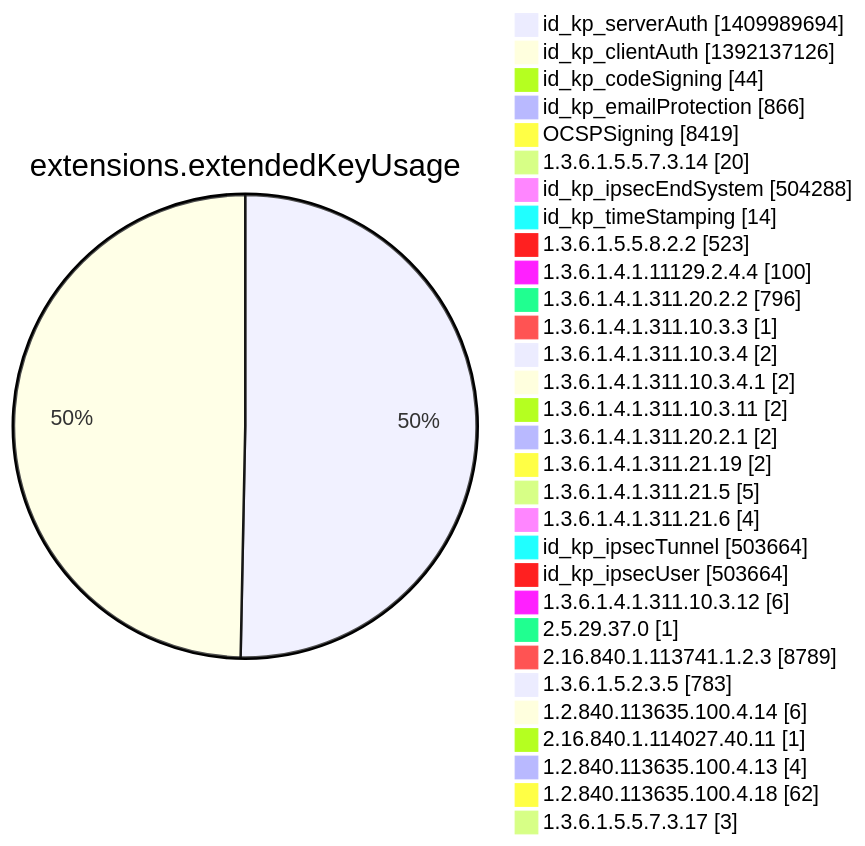
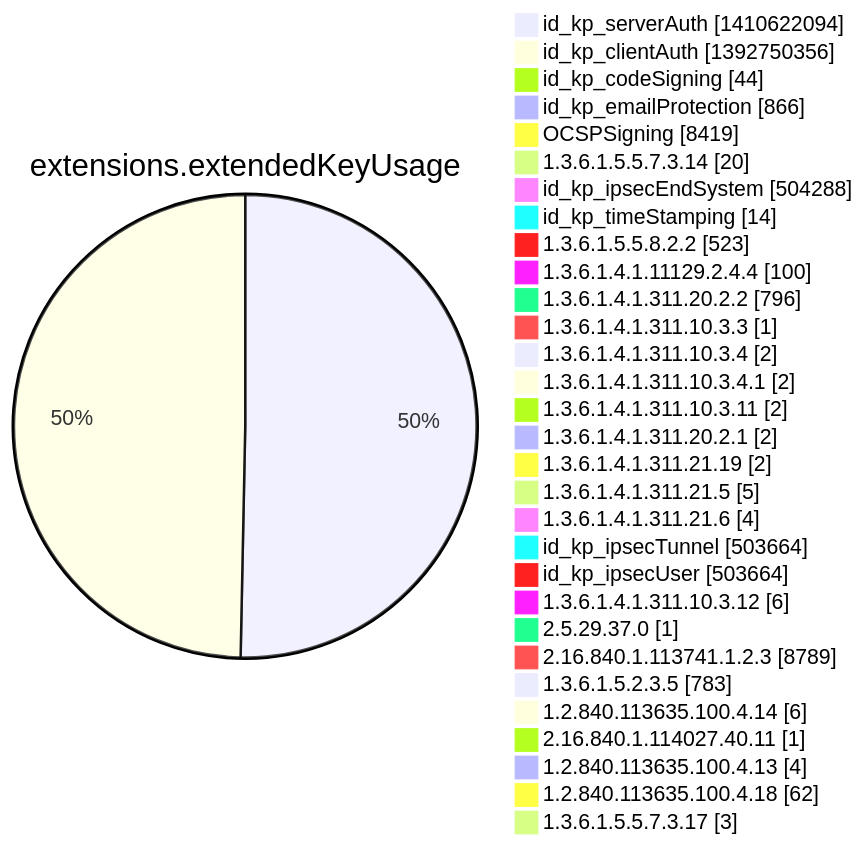
One commit to christiankrug/ctmonitor_visualization changed diagram 12 of 15 in argon2022/README.md. Above: the diagram before and after it, drawn with Mermaid. The commit also changed other lines of this file, not shown here.

````diff
--- a/argon2022/README.md
+++ b/argon2022/README.md
@@ -3554,34 +3554,34 @@
 ```mermaid
 pie showData
 title extensions.extendedKeyUsage
-"id_kp_serverAuth" :1409989694
-"id_kp_clientAuth" :1392137126
+"id_kp_serverAuth" :1410622094
+"id_kp_clientAuth" :1392750356
 "id_kp_codeSigning" :44
 "id_kp_emailProtection" :866
 "OCSPSigning" :8419
 "1.3.6.1.5.5.7.3.14" :20
 "id_kp_ipsecEndSystem" :504288
 "id_kp_timeStamping" :14
 "1.3.6.1.5.5.8.2.2" :523
 "1.3.6.1.4.1.11129.2.4.4" :100
 "1.3.6.1.4.1.311.20.2.2" :796
 "1.3.6.1.4.1.311.10.3.3" :1
 "1.3.6.1.4.1.311.10.3.4" :2
 "1.3.6.1.4.1.311.10.3.4.1" :2
 "1.3.6.1.4.1.311.10.3.11" :2
 "1.3.6.1.4.1.311.20.2.1" :2
 "1.3.6.1.4.1.311.21.19" :2
 "1.3.6.1.4.1.311.21.5" :5
 "1.3.6.1.4.1.311.21.6" :4
 "id_kp_ipsecTunnel" :503664
 "id_kp_ipsecUser" :503664
 "1.3.6.1.4.1.311.10.3.12" :6
 "2.5.29.37.0" :1
 "2.16.840.1.113741.1.2.3" :8789
 "1.3.6.1.5.2.3.5" :783
 "1.2.840.113635.100.4.14" :6
 "2.16.840.1.114027.40.11" :1
 "1.2.840.113635.100.4.13" :4
 "1.2.840.113635.100.4.18" :62
 "1.3.6.1.5.5.7.3.17" :3
 ```
````
